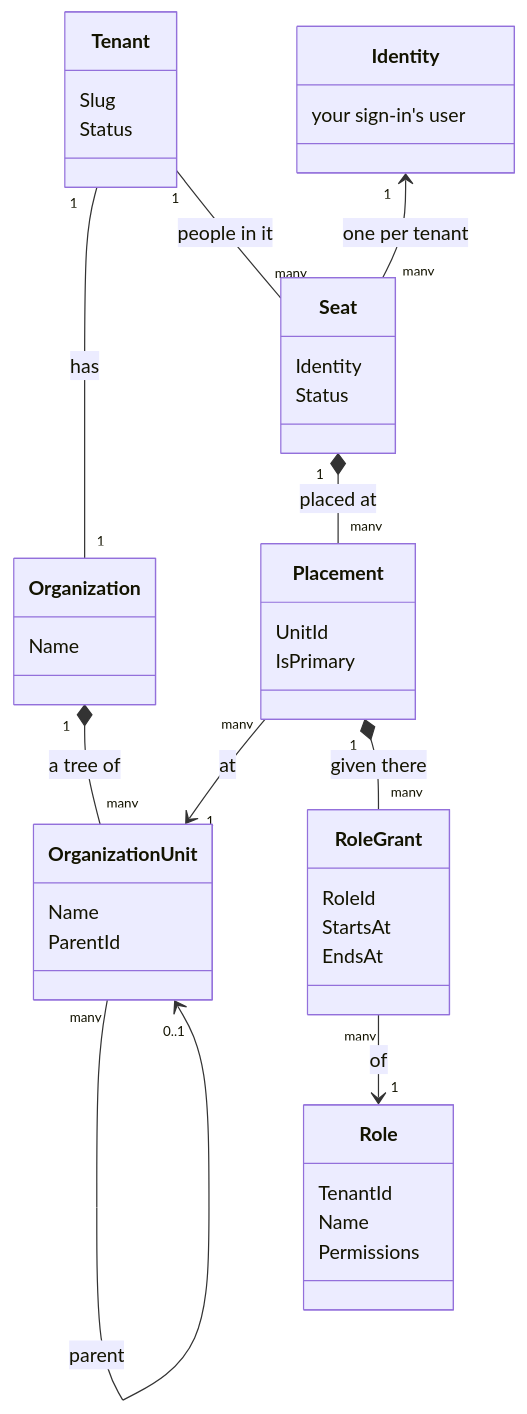
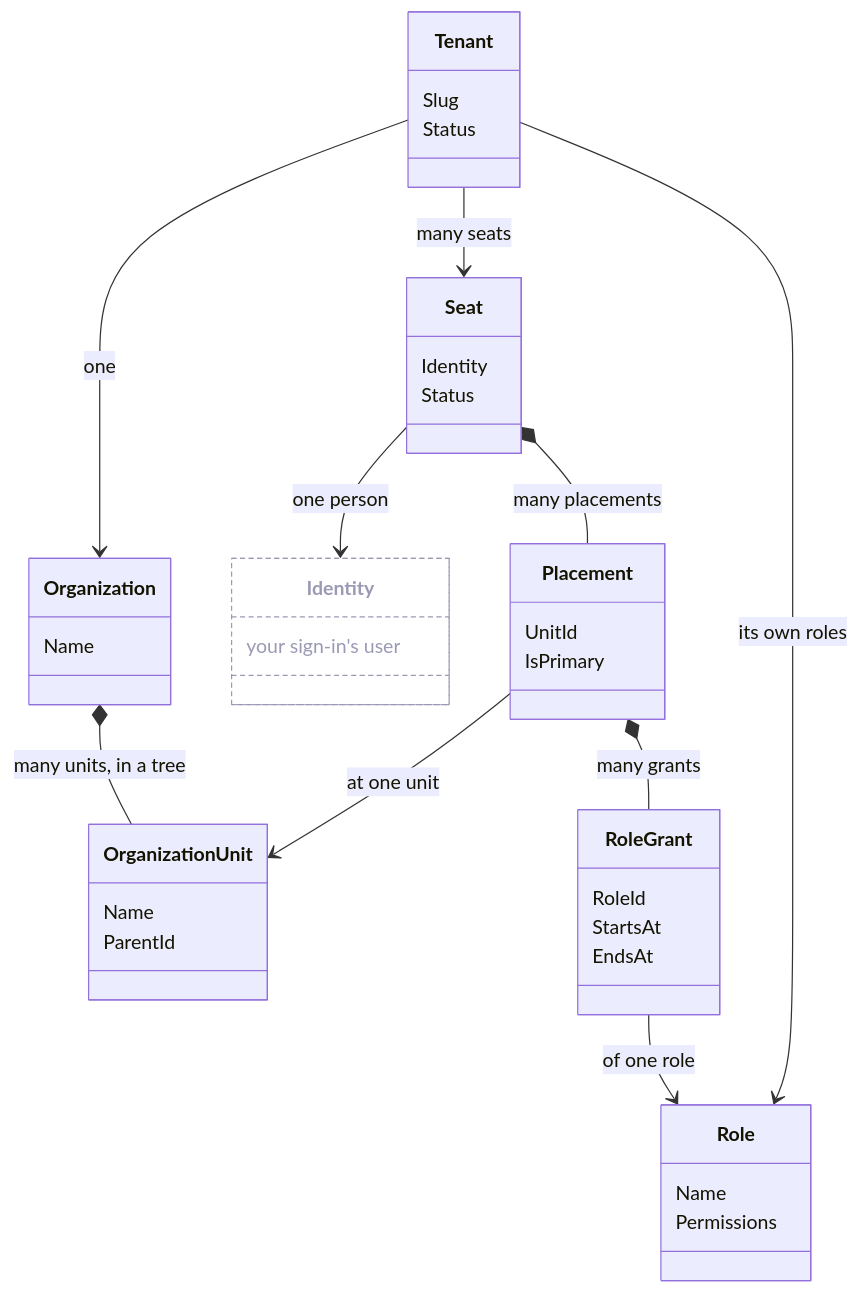
One commit to DylanSnel/DDDToolkit changed the first of 2 diagrams in docs/tenancy/overview.md. Above: the diagram before and after it, drawn with Mermaid. The commit also changed other lines of this file and 24 other files, not shown here.

First line of the commit message:
Docs: plain prose and readable diagrams for Tenancy and Membership

````diff
--- a/docs/tenancy/overview.md
+++ b/docs/tenancy/overview.md
@@ -47,45 +56,46 @@
 ```mermaid
 classDiagram
     direction TB
-    class Identity {
-        your sign-in's user
-    }
     class Tenant {
         Slug
         Status
     }
     class Organization {
         Name
     }
     class OrganizationUnit {
         Name
         ParentId
+    }
+    class Identity {
+        your sign-in's user
     }
     class Seat {
         Identity
         Status
     }
     class Placement {
         UnitId
         IsPrimary
     }
     class RoleGrant {
         RoleId
         StartsAt
         EndsAt
     }
     class Role {
-        TenantId
         Name
         Permissions
     }
-    Tenant "1" -- "1" Organization : has
-    Organization "1" *-- "many" OrganizationUnit : a tree of
-    OrganizationUnit "many" --> "0..1" OrganizationUnit : parent
-    Tenant "1" -- "many" Seat : people in it
-    Identity "1" <-- "many" Seat : one per tenant
-    Seat "1" *-- "many" Placement : placed at
-    Placement "many" --> "1" OrganizationUnit : at
-    Placement "1" *-- "many" RoleGrant : given there
-    RoleGrant "many" --> "1" Role : of
+    Tenant --> Organization : one
+    Organization *-- OrganizationUnit : many units, in a tree
+    Tenant --> Seat : many seats
+    Tenant --> Role : its own roles
+    Seat --> Identity : one person
+    Seat *-- Placement : many placements
+    Placement --> OrganizationUnit : at one unit
+    Placement *-- RoleGrant : many grants
+    RoleGrant --> Role : of one role
+    class Identity:::muted
+    classDef muted fill:none,stroke:#9a9ab5,stroke-dasharray:4 3,color:#9a9ab5
 ```
````
